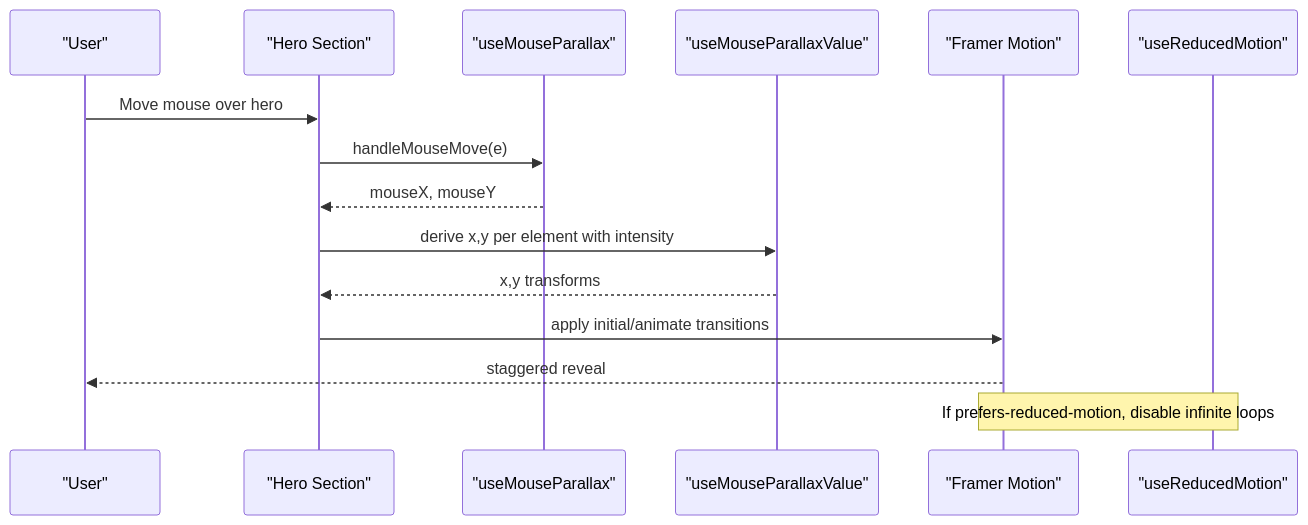
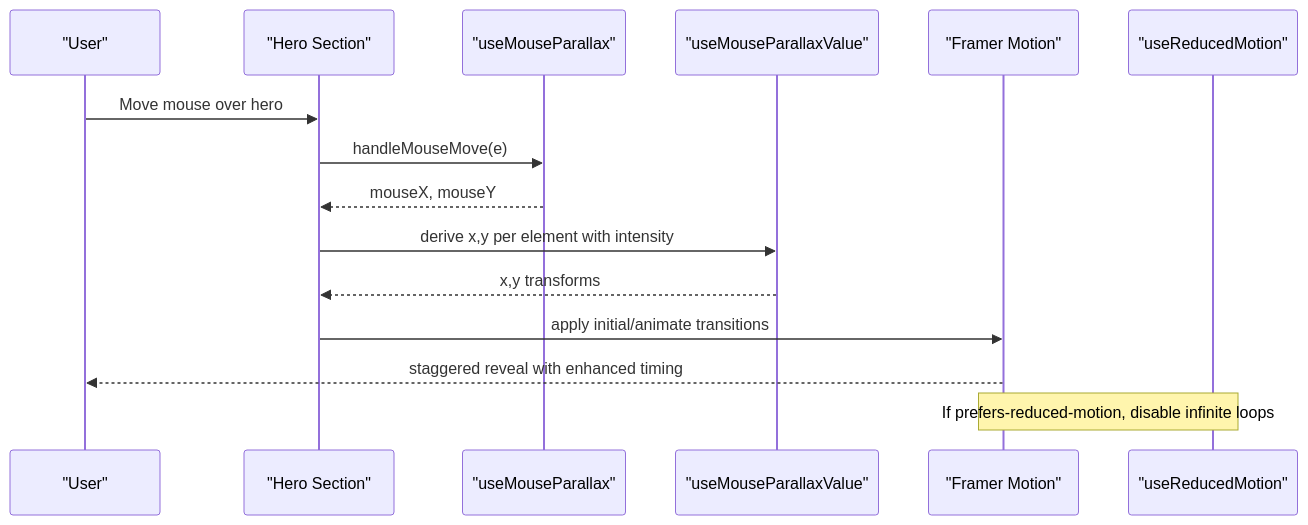
The second of 3 diagrams in .qoder/repowiki/en/content/Core Components/Hero Component.md (tee-15/portfolio-tee), drawn with Mermaid before and after one commit. The commit also changed other lines of this file and 27 other files, not shown here.

````diff
--- a/.qoder/repowiki/en/content/Core Components/Hero Component.md
+++ b/.qoder/repowiki/en/content/Core Components/Hero Component.md
@@ -87,17 +97,17 @@
 ```mermaid
 sequenceDiagram
 participant User as "User"
 participant Section as "Hero Section"
 participant Parallax as "useMouseParallax"
 participant Values as "useMouseParallaxValue"
 participant Motion as "Framer Motion"
 participant Reduced as "useReducedMotion"
 User->>Section : Move mouse over hero
 Section->>Parallax : handleMouseMove(e)
 Parallax-->>Section : mouseX, mouseY
 Section->>Values : derive x,y per element with intensity
 Values-->>Section : x,y transforms
 Section->>Motion : apply initial/animate transitions
-Motion-->>User : staggered reveal
+Motion-->>User : staggered reveal with enhanced timing
 Note over Reduced,Motion : If prefers-reduced-motion, disable infinite loops
 ```
````
